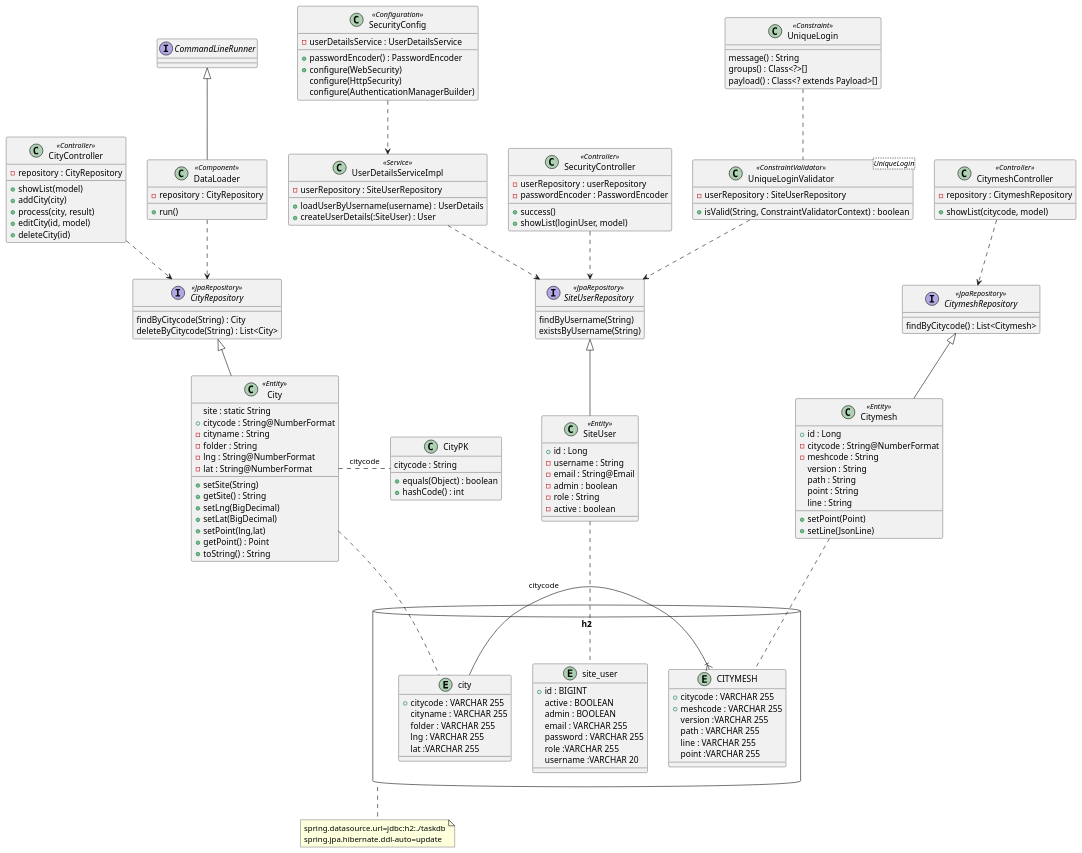
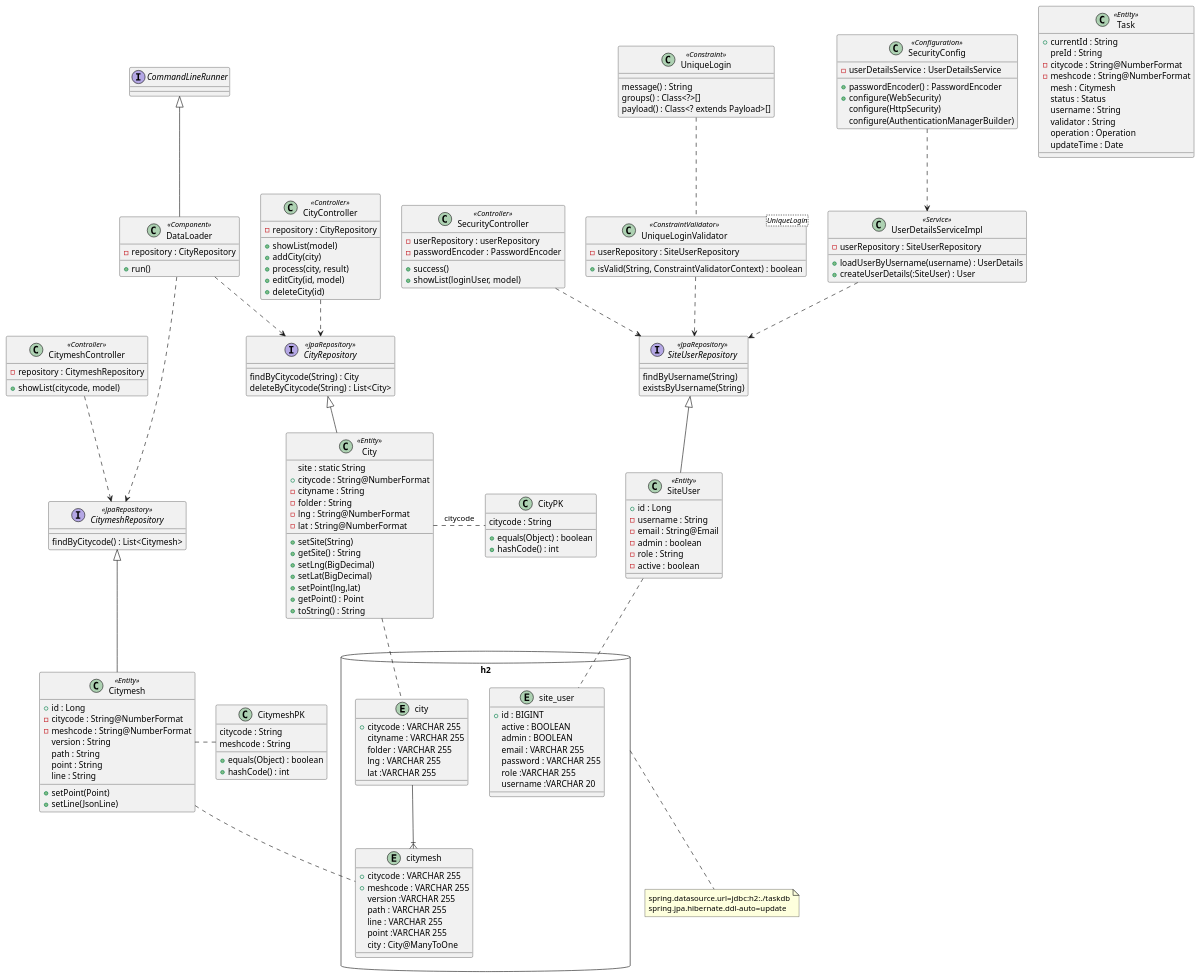
One commit to yuuhayashi/task-bldg changed the diagram in class.pu. Above: the diagram before and after it, drawn with PlantUML. The commit also changed 11 other files, not shown here.

```diff
--- a/class.pu
+++ b/class.pu
@@ -1,161 +1,183 @@
 @startuml
 
 database "h2" as db {
 	entity city {
 		+ citycode : VARCHAR 255
 		cityname : VARCHAR 255
 		folder : VARCHAR 255
 		lng : VARCHAR 255
 		lat :VARCHAR 255
 	}
 
 	entity site_user {
 		+ id : BIGINT
 		active : BOOLEAN
 		admin : BOOLEAN
 		email : VARCHAR 255
 		password : VARCHAR 255
 		role :VARCHAR 255
 		username :VARCHAR 20
 	}
 
-	entity CITYMESH {
+	entity citymesh {
 		+ citycode : VARCHAR 255
 		+ meshcode : VARCHAR 255
 		version :VARCHAR 255
 		path : VARCHAR 255
 		line : VARCHAR 255
 		point :VARCHAR 255
+		city : City@ManyToOne
 	}
-	CITYMESH }|- city : citycode
+	city --|{ citymesh
 }
 note bottom of db : spring.datasource.url=jdbc:h2:./taskdb\nspring.jpa.hibernate.ddl-auto=update
 
 class SecurityConfig <<Configuration>> {
 	- userDetailsService : UserDetailsService
 	+ passwordEncoder() : PasswordEncoder
 	+ configure(WebSecurity)
 	configure(HttpSecurity)
 	configure(AuthenticationManagerBuilder)
 }
 
 class UserDetailsServiceImpl <<Service>> {
   - userRepository : SiteUserRepository
   + loadUserByUsername(username) : UserDetails
   + createUserDetails(:SiteUser) : User
 }
 
 class SecurityController <<Controller>> {
   - userRepository : userRepository
   - passwordEncoder : PasswordEncoder
   + success()
   + showList(loginUser, model)
 }
 
 class SiteUser <<Entity>> {
   + id : Long
   - username : String
   - email : String@Email
   - admin : boolean
   - role : String
   - active : boolean
 }
 SiteUser .. site_user
 
 class UniqueLoginValidator<UniqueLogin> <<ConstraintValidator>> {
   - userRepository : SiteUserRepository
   + isValid(String, ConstraintValidatorContext) : boolean
 }
 
 class UniqueLogin <<Constraint>> {
   message() : String
   groups() : Class<?>[]
   payload() : Class<? extends Payload>[]
 }
 
 interface SiteUserRepository <<JpaRepository>> {
 	findByUsername(String)
 	existsByUsername(String)
 }
 SecurityConfig ..> UserDetailsServiceImpl
 UserDetailsServiceImpl ..> SiteUserRepository
 SecurityController ..> SiteUserRepository
 UniqueLoginValidator ..> SiteUserRepository
 UniqueLogin .. UniqueLoginValidator
 SiteUserRepository <|-- SiteUser
 
 class City <<Entity>> {
 	site : static String
   + citycode : String@NumberFormat
   - cityname : String
   - folder : String
   - lng : String@NumberFormat
   - lat : String@NumberFormat
   + setSite(String)
   + getSite() : String
   + setLng(BigDecimal)
   + setLat(BigDecimal)
   + setPoint(lng,lat)
   + getPoint() : Point
   + toString() : String
 }
 City .. city
 City . CityPK : citycode
 
 class CityPK {
 	citycode : String
 	+ equals(Object) : boolean
 	+ hashCode() : int
 }
 
 interface CityRepository <<JpaRepository>> {
 	findByCitycode(String) : City
 	deleteByCitycode(String) : List<City>
 }
 CityRepository <|-- City
 
 class CityController <<Controller>> {
   - repository : CityRepository
   + showList(model)
   + addCity(city)
   + process(city, result)
   + editCity(id, model)
   + deleteCity(id)
 }
 CityController ..> CityRepository
 
 class CitymeshController <<Controller>> {
   - repository : CitymeshRepository
   + showList(citycode, model)
 }
 CitymeshController ..> CitymeshRepository
 
 interface CitymeshRepository <<JpaRepository>> {
 	findByCitycode() : List<Citymesh>
 }
 CitymeshRepository <|-- Citymesh
 
 class Citymesh <<Entity>> {
   + id : Long
   - citycode : String@NumberFormat
-  - meshcode : String
+  - meshcode : String@NumberFormat
   version : String
   path : String
   point : String
   line : String
   + setPoint(Point)
   + setLine(JsonLine)
 }
-Citymesh .. CITYMESH
+Citymesh .. citymesh
+Citymesh . CitymeshPK
+class CitymeshPK {
+	citycode : String
+	meshcode : String
+	+ equals(Object) : boolean
+	+ hashCode() : int
+}
+
+class Task <<Entity>> {
+  + currentId : String
+  preId : String
+  - citycode : String@NumberFormat
+  - meshcode : String@NumberFormat
+  mesh : Citymesh
+  status : Status
+  username : String
+  validator : String
+  operation : Operation
+  updateTime : Date
+}
 
 interface CommandLineRunner
 
 class DataLoader <<Component>> {
   - repository : CityRepository
   + run()
 }
 DataLoader ..> CityRepository
+DataLoader ..> CitymeshRepository
 
 CommandLineRunner <|-- DataLoader
 
 @enduml
```
